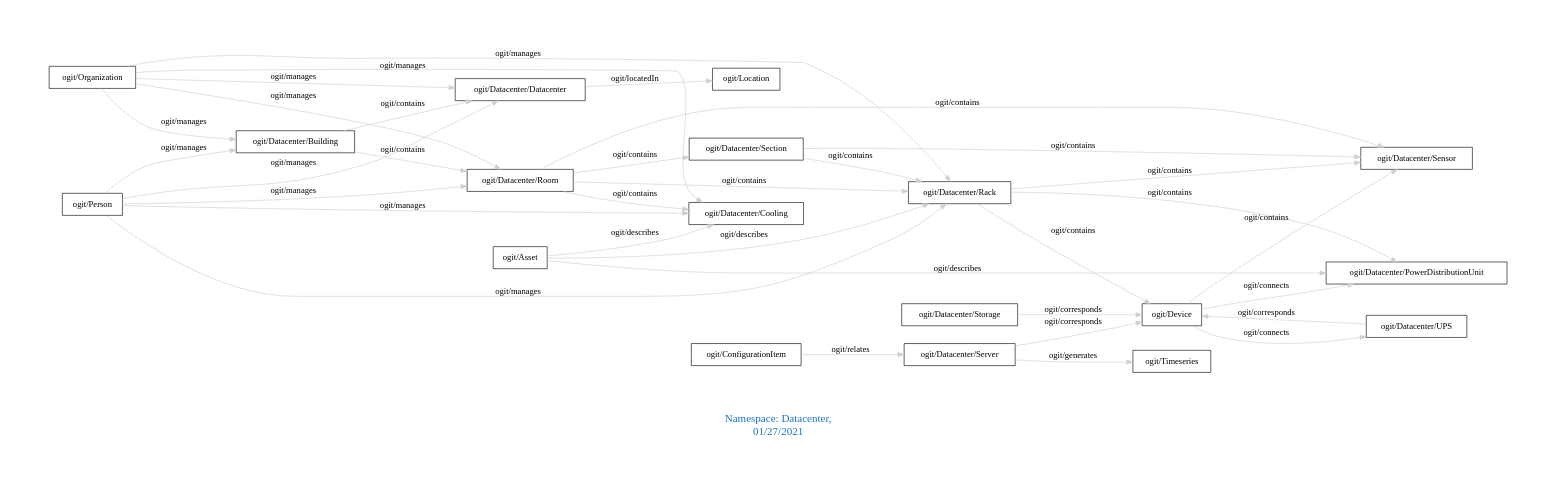
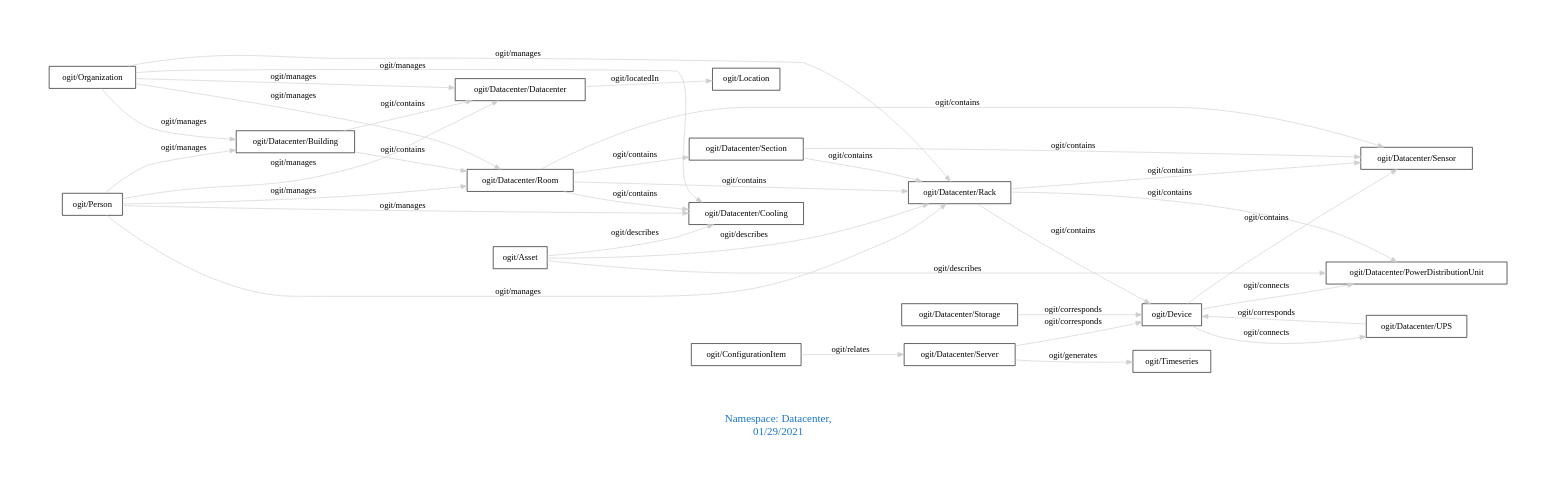
Before and after one commit to arago/OGIT: the diagram in downloads/Datacenter.dot, drawn with Graphviz. The commit also changed 1838 other files, not shown here.

```diff
--- a/downloads/Datacenter.dot
+++ b/downloads/Datacenter.dot
@@ -1,41 +1,41 @@
 digraph OGIT_ontology {
  graph [ rankdir= LR,pad=1 
 fontsize = 18,
-fontcolor= dodgerblue3,label = "\n\n\nNamespace: Datacenter, \n 01/27/2021"];
+fontcolor= dodgerblue3,label = "\n\n\nNamespace: Datacenter, \n 01/29/2021"];
 node[shape=polygon];
 edge [  color="gray81"];
 
    "ogit/Datacenter/Building" -> "ogit/Datacenter/Datacenter" [label="   ogit/contains    "];
    "ogit/Datacenter/Building" -> "ogit/Datacenter/Room" [label="   ogit/contains    "];
    "ogit/Datacenter/Rack" -> "ogit/Datacenter/Sensor" [label="   ogit/contains    "];
    "ogit/Datacenter/Rack" -> "ogit/Datacenter/PowerDistributionUnit" [label="   ogit/contains    "];
    "ogit/Datacenter/Rack" -> "ogit/Device" [label="   ogit/contains    "];
    "ogit/Datacenter/Room" -> "ogit/Datacenter/Rack" [label="   ogit/contains    "];
    "ogit/Datacenter/Room" -> "ogit/Datacenter/Cooling" [label="   ogit/contains    "];
    "ogit/Datacenter/Room" -> "ogit/Datacenter/Sensor" [label="   ogit/contains    "];
    "ogit/Datacenter/Room" -> "ogit/Datacenter/Section" [label="   ogit/contains    "];
    "ogit/Datacenter/Section" -> "ogit/Datacenter/Sensor" [label="   ogit/contains    "];
    "ogit/Datacenter/Section" -> "ogit/Datacenter/Rack" [label="   ogit/contains    "];
    "ogit/Device" -> "ogit/Datacenter/Sensor" [label="   ogit/contains    "];
    "ogit/Organization" -> "ogit/Datacenter/Room" [label="   ogit/manages    "];
    "ogit/Organization" -> "ogit/Datacenter/Rack" [label="   ogit/manages    "];
    "ogit/Organization" -> "ogit/Datacenter/Datacenter" [label="   ogit/manages    "];
    "ogit/Organization" -> "ogit/Datacenter/Cooling" [label="   ogit/manages    "];
    "ogit/Organization" -> "ogit/Datacenter/Building" [label="   ogit/manages    "];
    "ogit/Person" -> "ogit/Datacenter/Room" [label="   ogit/manages    "];
    "ogit/Person" -> "ogit/Datacenter/Rack" [label="   ogit/manages    "];
    "ogit/Person" -> "ogit/Datacenter/Datacenter" [label="   ogit/manages    "];
    "ogit/Person" -> "ogit/Datacenter/Cooling" [label="   ogit/manages    "];
    "ogit/Person" -> "ogit/Datacenter/Building" [label="   ogit/manages    "];
    "ogit/Datacenter/Server" -> "ogit/Timeseries" [label="   ogit/generates    "];
    "ogit/Asset" -> "ogit/Datacenter/Rack" [label="   ogit/describes    "];
    "ogit/Asset" -> "ogit/Datacenter/PowerDistributionUnit" [label="   ogit/describes    "];
    "ogit/Asset" -> "ogit/Datacenter/Cooling" [label="   ogit/describes    "];
    "ogit/Device" -> "ogit/Datacenter/PowerDistributionUnit" [label="   ogit/connects    "];
    "ogit/Device" -> "ogit/Datacenter/UPS" [label="   ogit/connects    "];
    "ogit/Datacenter/Datacenter" -> "ogit/Location" [label="   ogit/locatedIn    "];
    "ogit/Datacenter/Server" -> "ogit/Device" [label="   ogit/corresponds    "];
    "ogit/Datacenter/Storage" -> "ogit/Device" [label="   ogit/corresponds    "];
    "ogit/Datacenter/UPS" -> "ogit/Device" [label="   ogit/corresponds    "];
    "ogit/ConfigurationItem" -> "ogit/Datacenter/Server" [label="   ogit/relates    "];
 }
```
